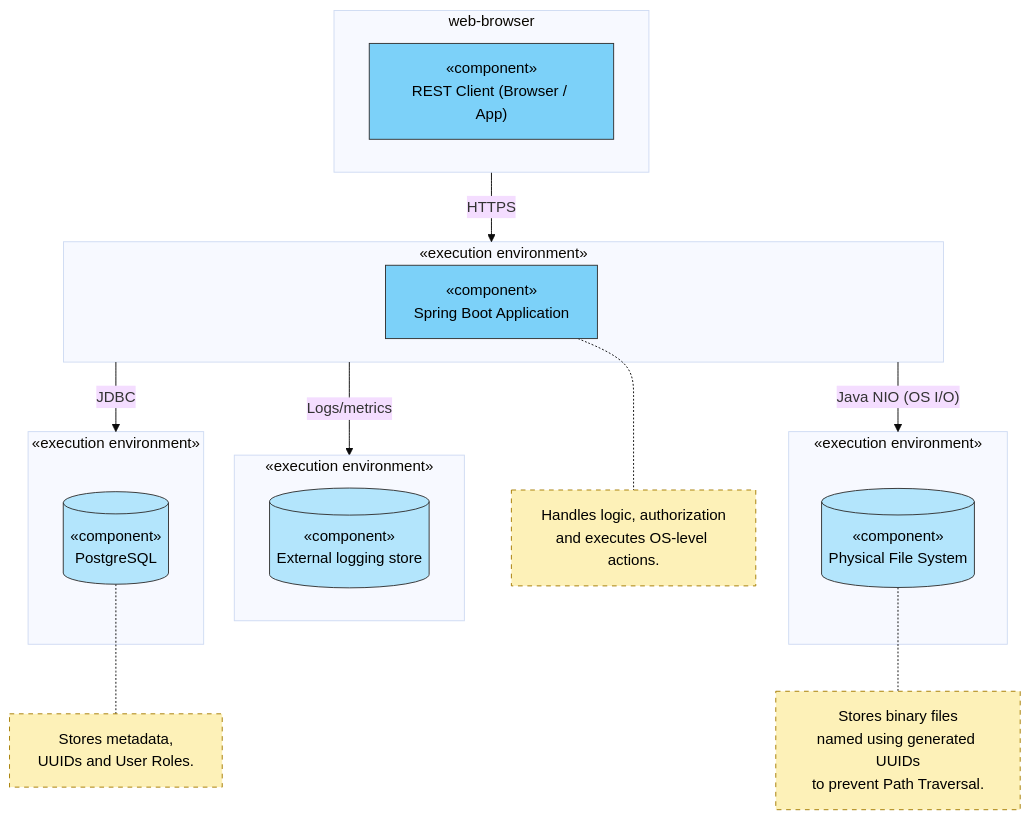
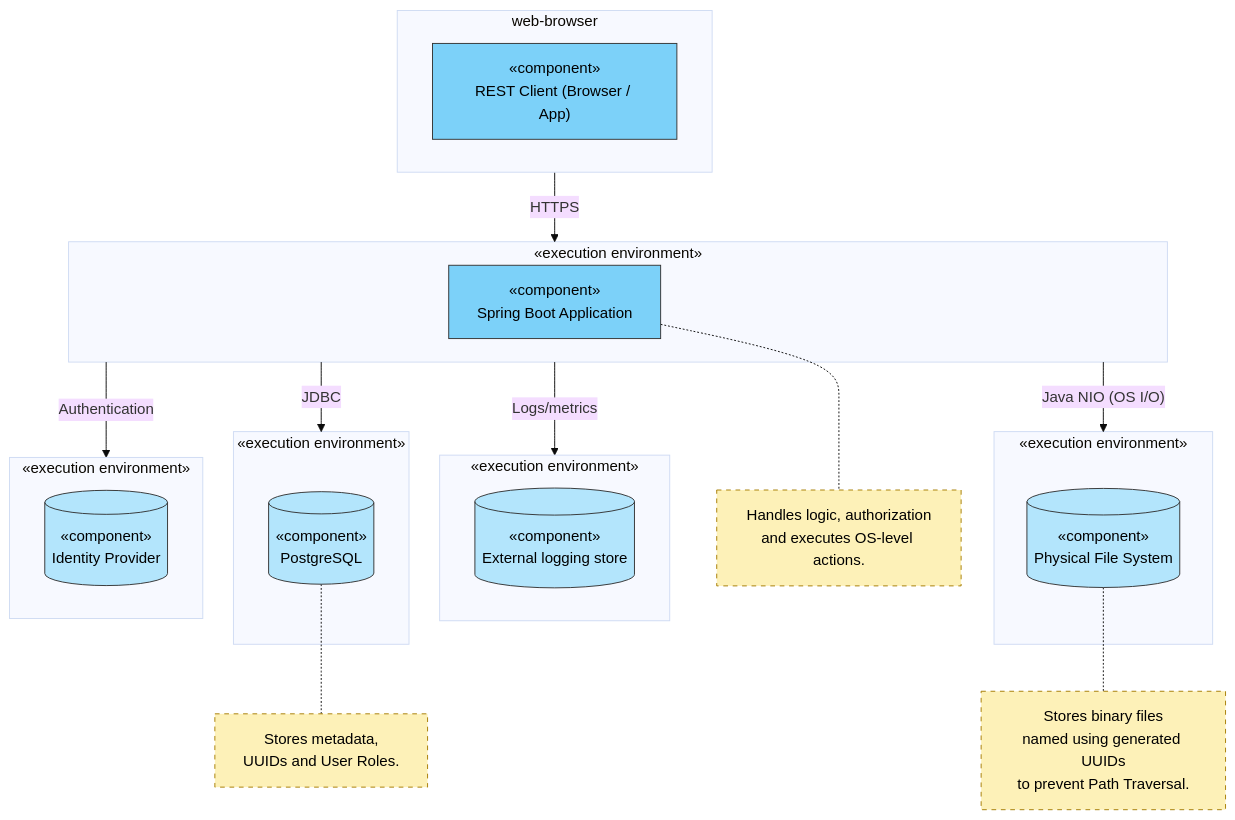
One commit to mei-desofs/desofs2026-wed_nap_3 changed the diagram in Deliverables/Phase1/Architecture_Diagram.mmd. Above: the diagram before and after it, drawn with Mermaid (base theme).

Commit message:
Add Identity Provider to architecture diagram

```diff
--- a/Deliverables/Phase1/Architecture_Diagram.mmd
+++ b/Deliverables/Phase1/Architecture_Diagram.mmd
@@ -1,41 +1,46 @@
 flowchart TD
     classDef comp fill:#7cd1f9,stroke:#333,stroke-width:1px,color:#000
     classDef store fill:#b3e5fc,stroke:#333,stroke-width:1px,color:#000
     classDef note fill:#fdf1b8,stroke:#a67c00,stroke-width:1px,color:#000,stroke-dasharray: 5 5
 
     subgraph ClientZone ["web-browser"]
         Client["«component»<br/>REST Client (Browser / App)"]
     end
 
     subgraph AppZone ["«execution environment»"]
         API["«component»<br/>Spring Boot Application"]
     end
 
     subgraph ELKZone ["«execution environment»"]
         ELK[("«component»<br/>External logging store")]
     end
 
     subgraph DBZone ["«execution environment»"]
         DB[("«component»<br/>PostgreSQL")]
     end
 
     subgraph OSZone ["«execution environment»"]
         Disk[("«component»<br/>Physical File System")]
     end
 
+    subgraph AuthZone ["«execution environment»"]
+        Idp[("«component»<br/>Identity Provider")]
+    end
+
     ClientZone-- "HTTPS" --> AppZone
     AppZone -- "JDBC" --> DBZone
     AppZone -- "Java NIO (OS I/O)" --> OSZone
     AppZone -- "Logs/metrics" --> ELKZone
+    AppZone -- "Authentication" --> AuthZone
 
     NoteAPI["Handles logic, authorization<br/>and executes OS-level actions."]
     NoteDB["Stores metadata,<br/>UUIDs and User Roles."]
     NoteDisk["Stores binary files<br/>named using generated UUIDs<br/>to prevent Path Traversal."]
 
     API -.- NoteAPI
     DB -.- NoteDB
     Disk -.- NoteDisk
 
     class Client,API comp
-    class DB,Disk,ELK store
+    class DB,Disk,ELK,Idp store
     class NoteAPI,NoteDB,NoteDisk note
```
